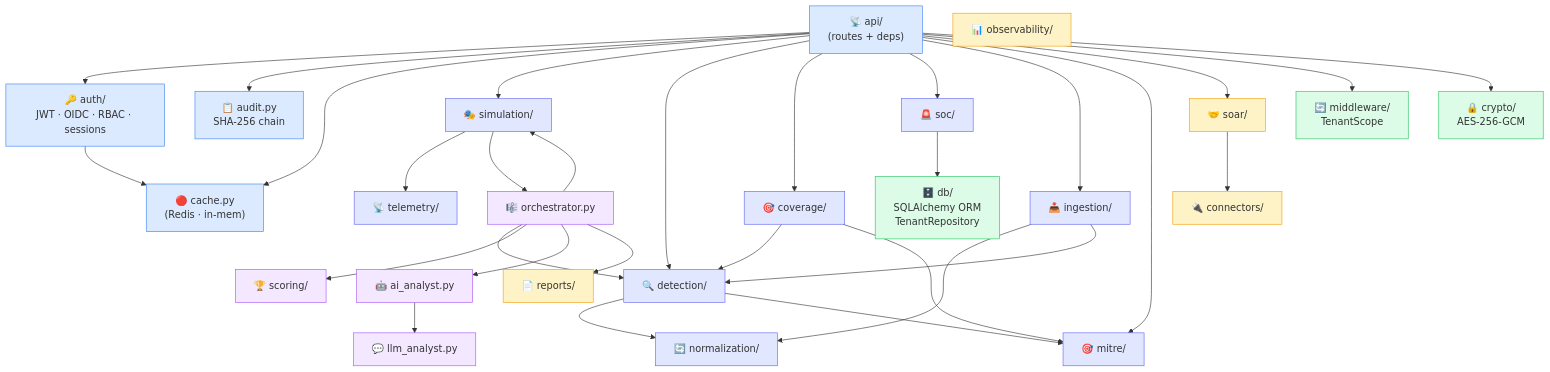
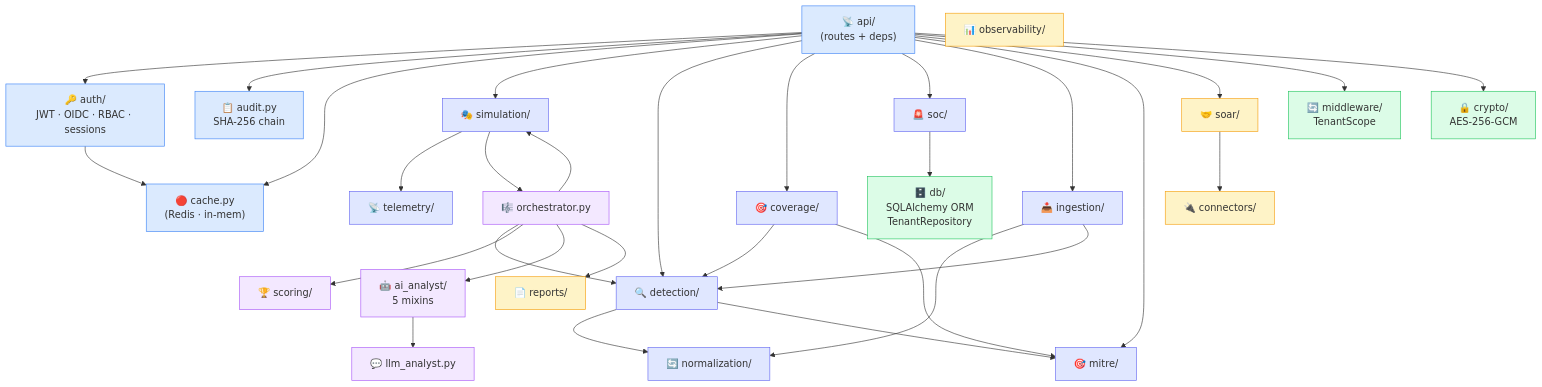
The eighth of 19 diagrams in README.md (omarbabba779xx/CyberTwin-SOC), drawn with Mermaid before and after one commit. The commit also changed other lines of this file, not shown here.

Commit message:
docs(readme): update module references after package splits
Two stale references after PR #30 (rules.py -> rules/ pkg) and
PR #31 (ai_analyst.py -> ai_analyst/ pkg) merged:

- Backend dependency Mermaid graph: rename ai_analyst.py node to
  ai_analyst/ (5 mixins) so the diagram matches the on-disk layout.
- Project-structure tree: clarify that detection/ now contains a
  rules/ package organised by MITRE tactic, not a single 60 KB file.

Pure docs change, no code touched.

````diff
--- a/README.md
+++ b/README.md
@@ -536,55 +536,55 @@
 ```mermaid
 flowchart TB
     api["📡 api/<br/>(routes + deps)"]
     auth["🔑 auth/<br/>JWT · OIDC · RBAC · sessions"]
     audit["📋 audit.py<br/>SHA-256 chain"]
     cache["🔴 cache.py<br/>(Redis · in-mem)"]
 
     db["🗄️ db/<br/>SQLAlchemy ORM<br/>TenantRepository"]
     crypto["🔒 crypto/<br/>AES-256-GCM"]
     mw["🔄 middleware/<br/>TenantScope"]
 
     sim["🎭 simulation/"]
     tel["📡 telemetry/"]
     det["🔍 detection/"]
     cov["🎯 coverage/"]
     soc["🚨 soc/"]
     ing["📥 ingestion/"]
     norm["🔄 normalization/"]
     mitre["🎯 mitre/"]
 
-    ai["🤖 ai_analyst.py"]
+    ai["🤖 ai_analyst/<br/>5 mixins"]
     llm["💬 llm_analyst.py"]
     orch["🎼 orchestrator.py"]
     score["🏆 scoring/"]
 
     obs["📊 observability/"]
     rep["📄 reports/"]
     soar["🤝 soar/"]
     conn["🔌 connectors/"]
 
     api --> auth & audit & cache
     api --> sim & det & cov & soc & ing & mitre & soar
     auth --> cache
     sim --> tel & orch
     det --> norm & mitre
     ing --> norm & det
     soc --> db
     api --> mw & crypto
     cov --> det & mitre
     orch --> sim & det & score & ai & rep
     ai --> llm
     soar --> conn
 
     classDef pl fill:#dbeafe,stroke:#3b82f6
     classDef dom fill:#e0e7ff,stroke:#6366f1
     classDef data fill:#dcfce7,stroke:#22c55e
     classDef ai fill:#f3e8ff,stroke:#a855f7
     classDef ops fill:#fef3c7,stroke:#f59e0b
 
     class api,auth,audit,cache pl
     class sim,tel,det,cov,soc,ing,norm,mitre dom
     class db,crypto,mw data
     class ai,llm,orch,score ai
     class obs,rep,soar,conn ops
 ```
````
